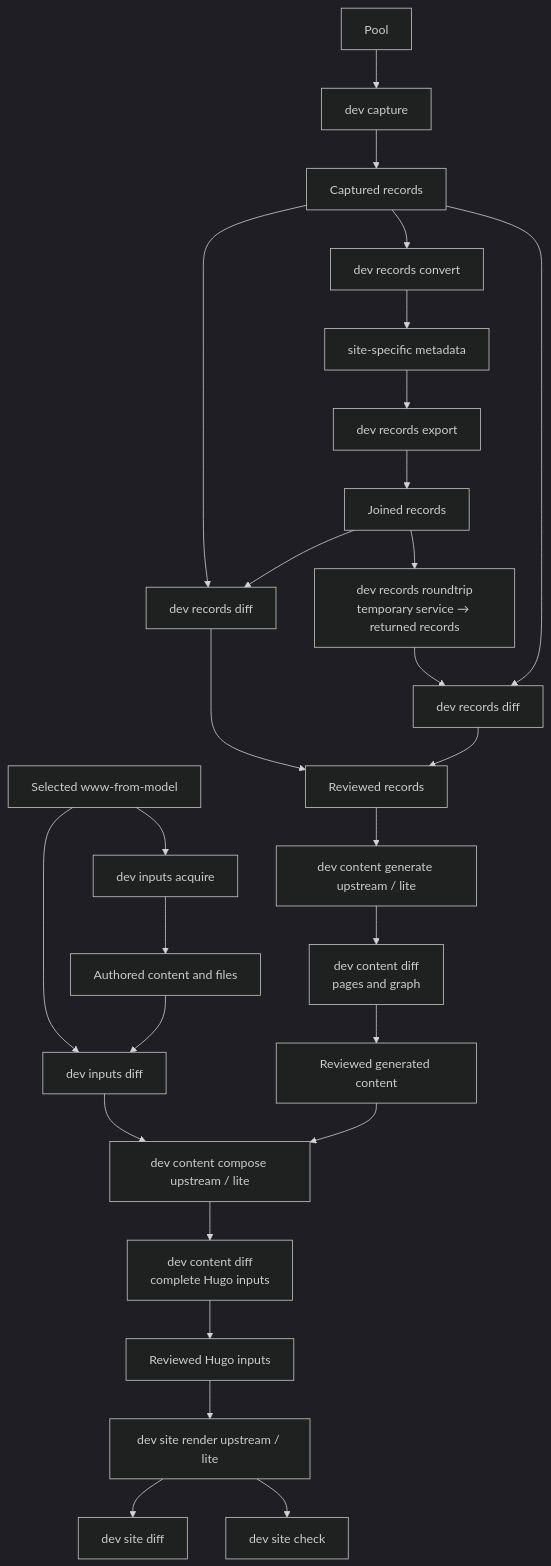
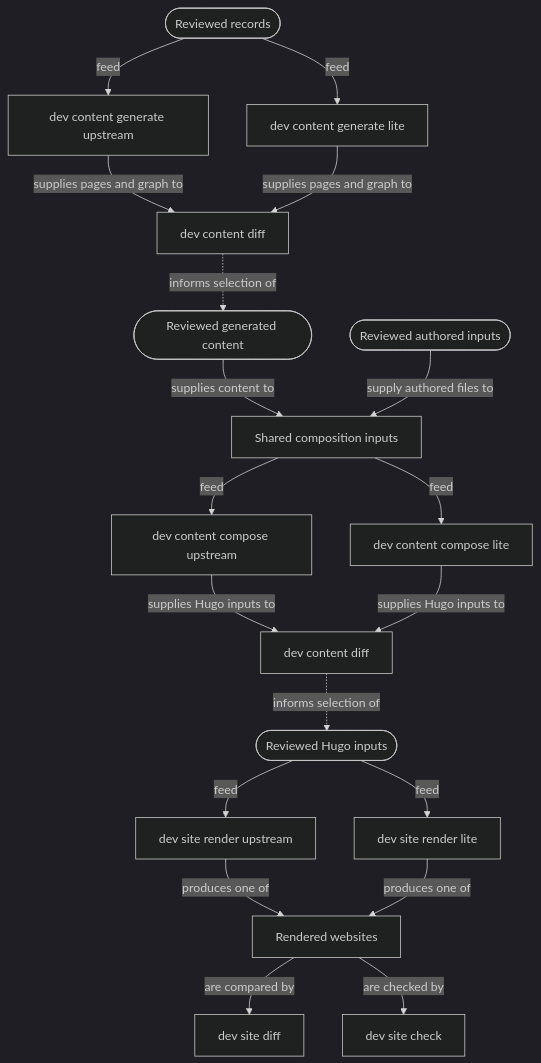
Before and after one commit to ORINOCO-Lite/orinoco-lite-dev: the second of 2 diagrams in docs/agents/staged-upstream-validation.md, drawn with Mermaid (dark theme). The commit also changed other lines of this file, not shown here.

Commit message:
docs: clarify staged validation diagrams
Separate input preservation checks from generation comparisons. Show
upstream and Lite commands as peers sharing reviewed inputs, and
separate data flow from the review decisions that select later inputs.

Render and inspect both Mermaid diagrams and apply Snapper formatting.

Codex-Reasoning-Effort: ultra

````diff
--- a/docs/agents/staged-upstream-validation.md
+++ b/docs/agents/staged-upstream-validation.md
@@ -21,32 +57,25 @@
 ```mermaid
 flowchart TB
-  pool["Pool"] --> capture["dev capture"]
-  capture --> raw["Captured records"]
-  raw --> convert["dev records convert"]
-  convert --> stored["site-specific metadata"]
-  stored --> export["dev records export"]
-  export --> joined["Joined records"]
-  raw --> recorddiff["dev records diff"]
-  joined --> recorddiff
-  joined --> roundtrip["dev records roundtrip<br/>temporary service → returned records"]
-  roundtrip --> returndiff["dev records diff"]
-  raw --> returndiff
+  records(["Reviewed records"])
+  records -->|feed| genup["dev content generate upstream"]
+  records -->|feed| genlite["dev content generate lite"]
+  genup -->|supplies pages and graph to| contentdiff["dev content diff"]
+  genlite -->|supplies pages and graph to| contentdiff
+  contentdiff -.->|informs selection of| projection(["Reviewed generated content"])
 
-  upstream["Selected www-from-model"] --> acquire["dev inputs acquire"]
-  acquire --> inputs["Authored content and files"]
-  upstream --> inputdiff["dev inputs diff"]
-  inputs --> inputdiff
+  inputs(["Reviewed authored inputs"])
+  projection -->|supplies content to| shared["Shared composition inputs"]
+  inputs -->|supply authored files to| shared
+  shared -->|feed| composeup["dev content compose upstream"]
+  shared -->|feed| composelite["dev content compose lite"]
+  composeup -->|supplies Hugo inputs to| assemblydiff["dev content diff"]
+  composelite -->|supplies Hugo inputs to| assemblydiff
+  assemblydiff -.->|informs selection of| assembly(["Reviewed Hugo inputs"])
 
-  recorddiff --> reviewed["Reviewed records"]
-  returndiff --> reviewed
-  reviewed --> generate["dev content generate upstream / lite"]
-  generate --> contentdiff["dev content diff<br/>pages and graph"]
-  contentdiff --> projection["Reviewed generated content"]
-  inputdiff --> compose["dev content compose upstream / lite"]
-  projection --> compose
-  compose --> composeddiff["dev content diff<br/>complete Hugo inputs"]
-  composeddiff --> assembly["Reviewed Hugo inputs"]
-  assembly --> render["dev site render upstream / lite"]
-  render --> sitediff["dev site diff"]
-  render --> checks["dev site check"]
+  assembly -->|feed| renderup["dev site render upstream"]
+  assembly -->|feed| renderlite["dev site render lite"]
+  renderup -->|produces one of| sites["Rendered websites"]
+  renderlite -->|produces one of| sites
+  sites -->|are compared by| sitediff["dev site diff"]
+  sites -->|are checked by| check["dev site check"]
 ```
````
